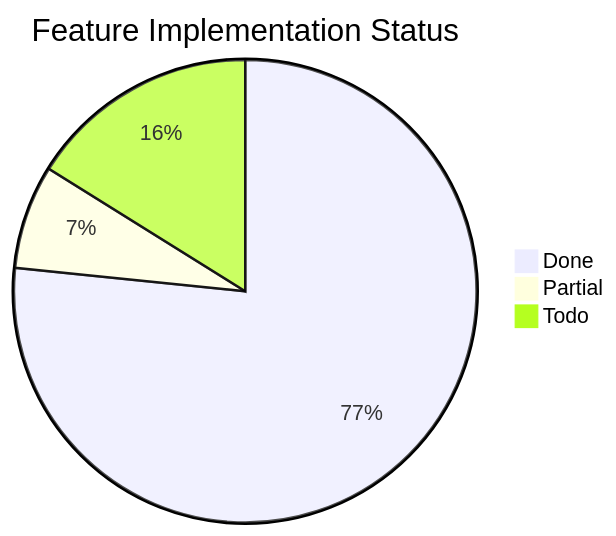
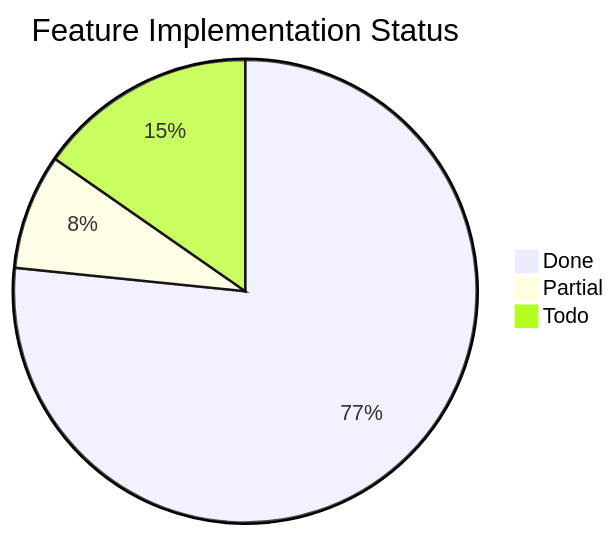
Before and after one commit to Papyrine/Morph: the third of 3 diagrams in docs/word-features.md, drawn with Mermaid. The commit also changed other lines of this file and 47 other files, not shown here.

````diff
--- a/docs/word-features.md
+++ b/docs/word-features.md
@@ -1893,6 +1898,6 @@
 ```mermaid
 pie title Feature Implementation Status
     "Done" : 95
-    "Partial" : 9
-    "Todo" : 20
+    "Partial" : 10
+    "Todo" : 19
 ```
````
